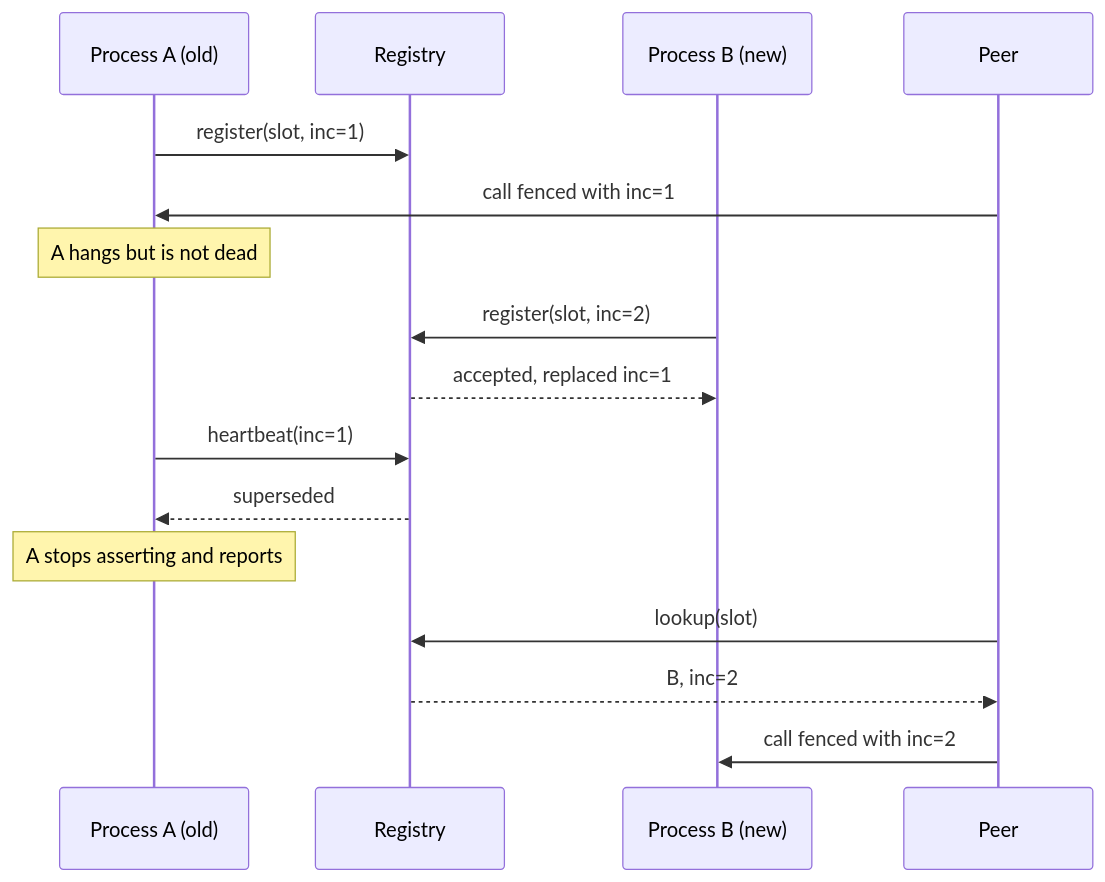
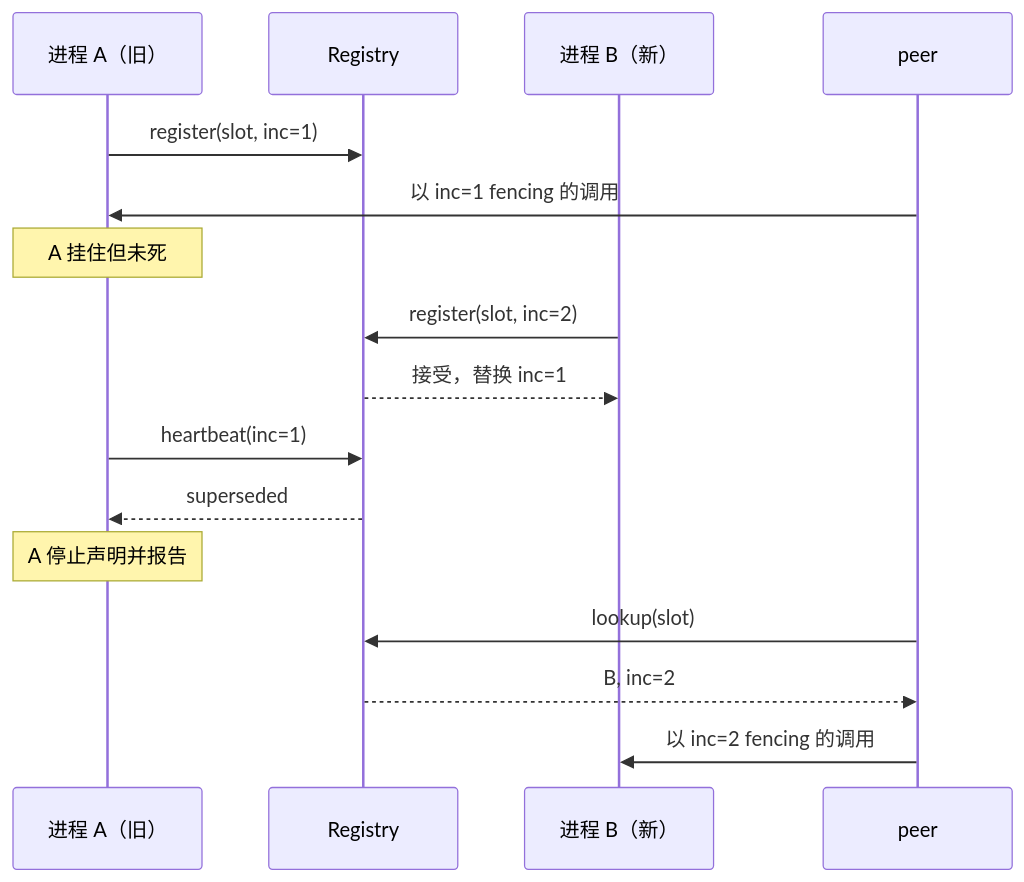
The second of 2 diagrams in docs/03-modules/01-identity.md (HSPK/tinyray), drawn with Mermaid before and after one commit. The commit also changed other lines of this file and 33 other files, not shown here.

````diff
--- a/docs/03-modules/01-identity.md
+++ b/docs/03-modules/01-identity.md
@@ -94,19 +92,19 @@
 ```mermaid
 sequenceDiagram
-    participant A as Process A (old)
+    participant A as 进程 A（旧）
     participant R as Registry
-    participant B as Process B (new)
-    participant P as Peer
+    participant B as 进程 B（新）
+    participant P as peer
 
     A->>R: register(slot, inc=1)
-    P->>A: call fenced with inc=1
-    Note over A: A hangs but is not dead
+    P->>A: 以 inc=1 fencing 的调用
+    Note over A: A 挂住但未死
     B->>R: register(slot, inc=2)
-    R-->>B: accepted, replaced inc=1
+    R-->>B: 接受，替换 inc=1
     A->>R: heartbeat(inc=1)
     R-->>A: superseded
-    Note over A: A stops asserting and reports
+    Note over A: A 停止声明并报告
     P->>R: lookup(slot)
     R-->>P: B, inc=2
-    P->>B: call fenced with inc=2
+    P->>B: 以 inc=2 fencing 的调用
 ```
````
